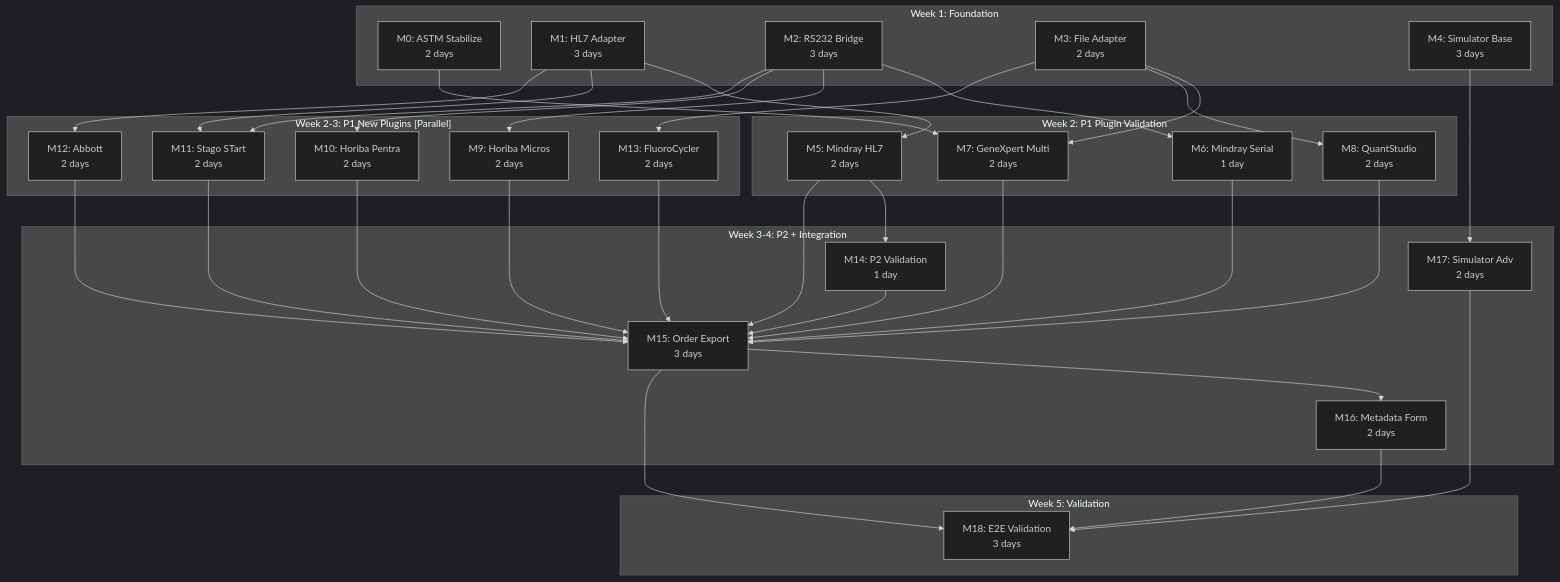
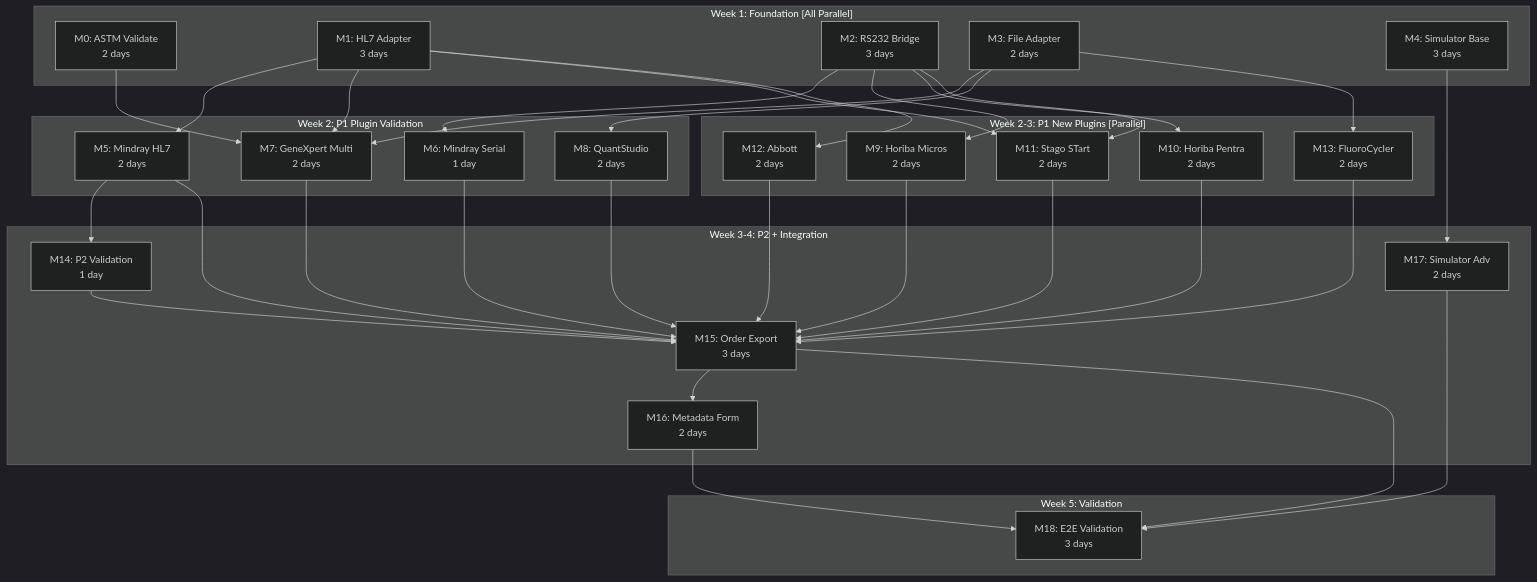
The diagram in specs/011-madagascar-analyzer-integration/plan.md (DIGI-UW/OpenELIS-Global-2), drawn with Mermaid (dark theme) before and after one commit. The commit also changed other lines of this file and 2 other files, not shown here.

````diff
--- a/specs/011-madagascar-analyzer-integration/plan.md
+++ b/specs/011-madagascar-analyzer-integration/plan.md
@@ -185,76 +185,78 @@
 ```mermaid
 graph TD
-    subgraph "Week 1: Foundation"
-        M0[M0: ASTM Stabilize<br/>2 days]
+    subgraph "Week 1: Foundation [All Parallel]"
+        M0[M0: ASTM Validate<br/>2 days]
         M1[M1: HL7 Adapter<br/>3 days]
         M2[M2: RS232 Bridge<br/>3 days]
         M3[M3: File Adapter<br/>2 days]
         M4[M4: Simulator Base<br/>3 days]
     end
 
     subgraph "Week 2: P1 Plugin Validation"
         M5[M5: Mindray HL7<br/>2 days]
         M6[M6: Mindray Serial<br/>1 day]
         M7[M7: GeneXpert Multi<br/>2 days]
         M8[M8: QuantStudio<br/>2 days]
     end
 
     subgraph "Week 2-3: P1 New Plugins [Parallel]"
         M9[M9: Horiba Micros<br/>2 days]
         M10[M10: Horiba Pentra<br/>2 days]
         M11[M11: Stago STart<br/>2 days]
         M12[M12: Abbott<br/>2 days]
         M13[M13: FluoroCycler<br/>2 days]
     end
 
     subgraph "Week 3-4: P2 + Integration"
         M14[M14: P2 Validation<br/>1 day]
         M15[M15: Order Export<br/>3 days]
         M16[M16: Metadata Form<br/>2 days]
         M17[M17: Simulator Adv<br/>2 days]
     end
 
     subgraph "Week 5: Validation"
         M18[M18: E2E Validation<br/>3 days]
     end
 
-    %% Workstream A: ASTM
+    %% M0-M4 are ALL PARALLEL (no dependencies between them)
+    %% M0 only blocks M7 (GeneXpert ASTM variant)
     M0 --> M7
 
     %% Workstream B: HL7
     M1 --> M5
+    M1 --> M7
     M1 --> M11
     M1 --> M12
     M5 --> M14
 
     %% Workstream C: RS232 Bridge
     M2 --> M6
     M2 --> M9
     M2 --> M10
     M2 --> M11
 
     %% Workstream D: File
     M3 --> M7
     M3 --> M8
     M3 --> M13
 
     %% Workstream E: Simulator
     M4 --> M17
 
     %% Integration dependencies
     M5 --> M15
     M6 --> M15
     M7 --> M15
     M8 --> M15
     M9 --> M15
     M10 --> M15
     M11 --> M15
     M12 --> M15
     M13 --> M15
     M14 --> M15
 
     M15 --> M16
     M15 --> M18
     M16 --> M18
     M17 --> M18
 ```
````
